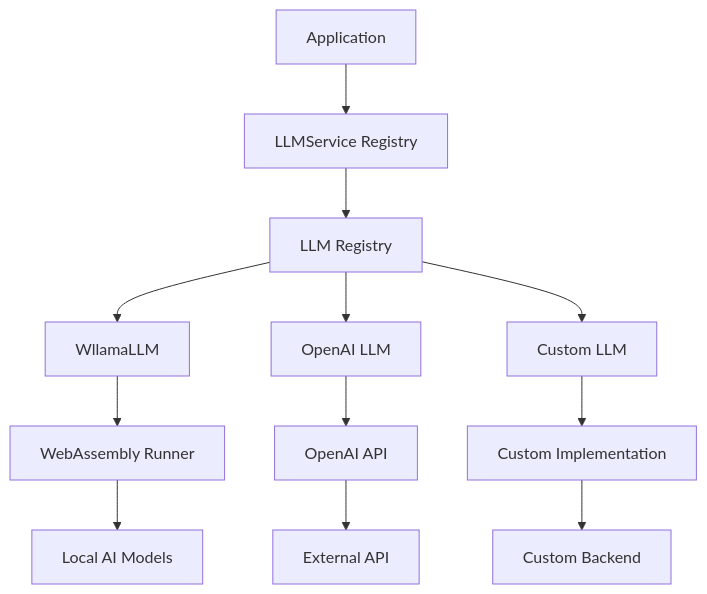
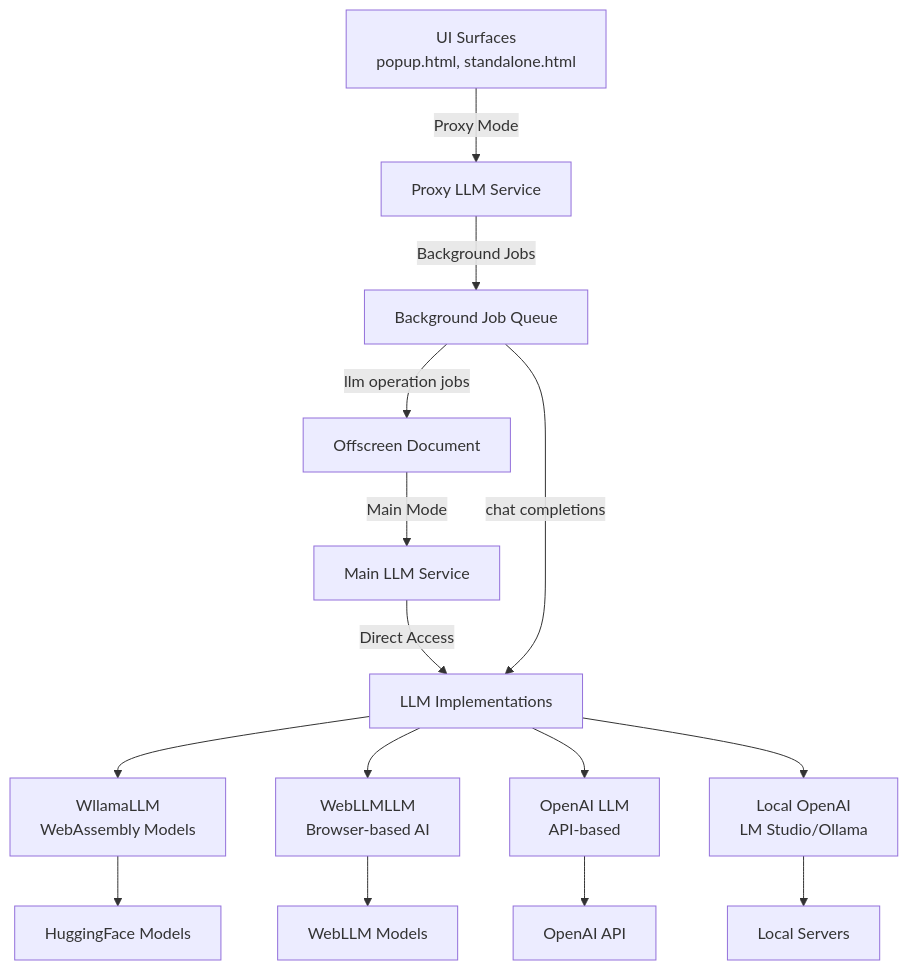
One commit to zrg-team/memorall changed the diagram in docs/llm-service.md. Above: the diagram before and after it, drawn with Mermaid. The commit also changed other lines of this file and 123 other files, not shown here.

````diff
--- a/docs/llm-service.md
+++ b/docs/llm-service.md
@@ -11,16 +11,26 @@
 ```mermaid
 graph TD
-    A[Application] --> B[LLMService Registry]
-    B --> C[LLM Registry]
-    C --> D[WllamaLLM]
-    C --> E[OpenAI LLM]
-    C --> F[Custom LLM]
-    
-    D --> G[WebAssembly Runner]
-    E --> H[OpenAI API]
-    F --> I[Custom Implementation]
-    
-    G --> J[Local AI Models]
-    H --> K[External API]
-    I --> L[Custom Backend]
+  %% UI Context (Proxy Mode)
+  UI[UI Surfaces<br/>popup.html, standalone.html] -->|Proxy Mode| PLS[Proxy LLM Service]
+  PLS -->|Background Jobs| BJ[Background Job Queue]
+
+  %% Offscreen Context (Main Mode)
+  OFF[Offscreen Document] -->|Main Mode| MLS[Main LLM Service]
+  MLS -->|Direct Access| LLM[LLM Implementations]
+
+  %% Background Jobs Processing
+  BJ -->|llm operation jobs| OFF
+  BJ -->|chat completions| LLM
+
+  %% LLM Implementations
+  LLM --> WL[WllamaLLM<br/>WebAssembly Models]
+  LLM --> WE[WebLLMLLM<br/>Browser-based AI]
+  LLM --> OA[OpenAI LLM<br/>API-based]
+  LLM --> LO[Local OpenAI<br/>LM Studio/Ollama]
+
+  %% Model Sources
+  WL --> HF[HuggingFace Models]
+  WE --> ML[WebLLM Models]
+  OA --> API[OpenAI API]
+  LO --> LS[Local Servers]
 ```
````
